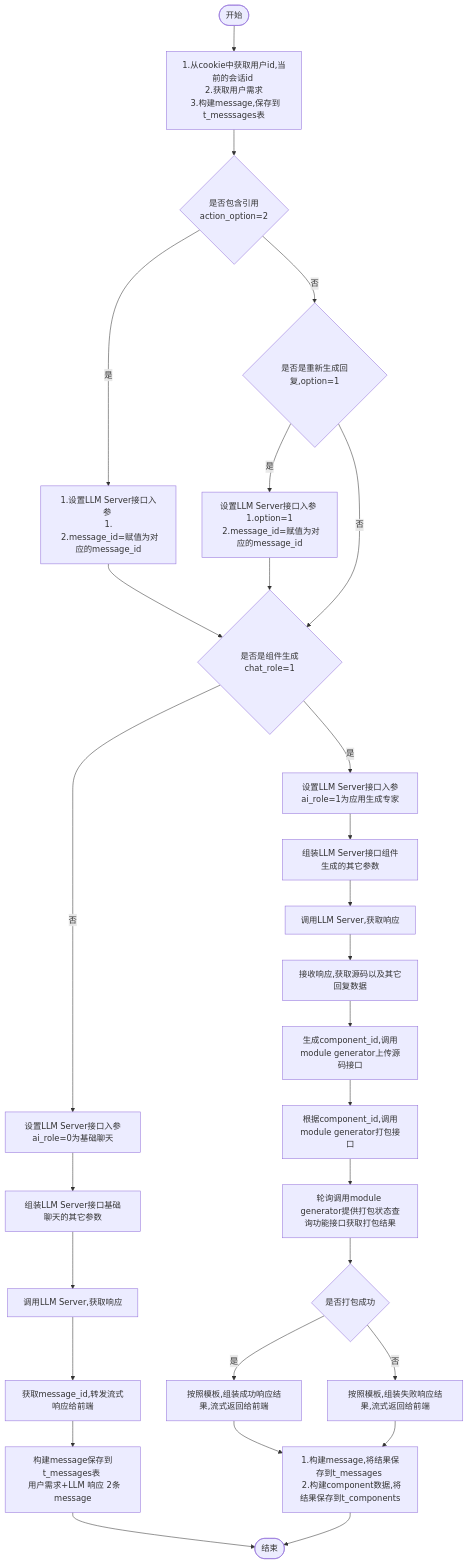
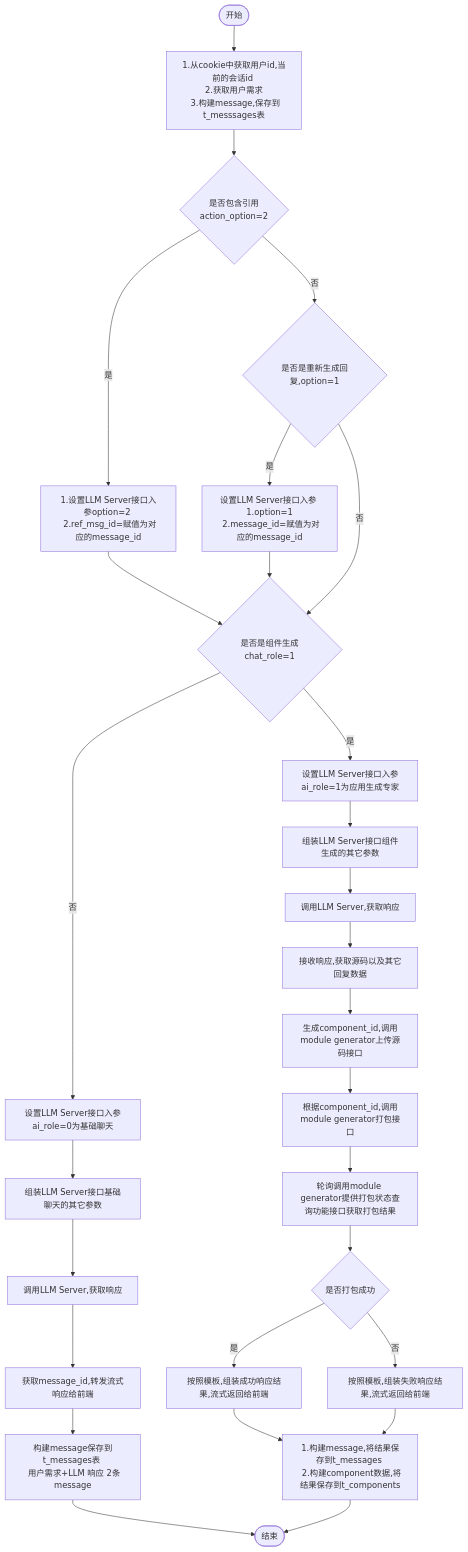
One commit to yingjianzh/iodraw-files changed the diagram in all/w3-会话-不需要传递message.md. Above: the diagram before and after it, drawn with Mermaid.

Commit message:
2024-10-15 15:01:46 update

````diff
--- a/all/w3-会话-不需要传递message.md
+++ b/all/w3-会话-不需要传递message.md
@@ -1,34 +1,34 @@
 ```mermaid
 flowchart TD
     A([开始]) --> B[1.从cookie中获取用户id,当前的会话id \n 2.获取用户需求 \n 3.构建message,保存到t_messsages表]
     B--> D{是否包含引用 \n action_option=2}
-    D -- 是 --> E[1.设置LLM Server接口入参 \n 1. \n 2.message_id=赋值为对应的message_id]
+    D -- 是 --> E[1.设置LLM Server接口入参option=2 \n 2.ref_msg_id=赋值为对应的message_id]
     D -- 否 --> F{是否是重新生成回复,option=1}
     F -- 是 --> G[设置LLM Server接口入参 \n 1.option=1 \n 2.message_id=赋值为对应的message_id]
     F -- 否 --> I
      
     E & G --> I{是否是组件生成chat_role=1}
     I -- 否 --> K[设置LLM Server接口入参ai_role=0为基础聊天]
     I -- 是 --> J[设置LLM Server接口入参ai_role=1为应用生成专家]
     
 
     J --> L[组装LLM Server接口组件生成的其它参数]    
     K --> M[组装LLM Server接口基础聊天的其它参数]    
     M --> N[调用LLM Server,获取响应]    
     N --> O[获取message_id,转发流式响应给前端]
     O --> P[构建message保存到t_messages表 \n 用户需求+LLM 响应 2条message]
     P --> R([结束])
 
 
     L --> S[调用LLM Server,获取响应]
     S --> T[接收响应,获取源码以及其它回复数据]
     T --> U[生成component_id,调用module generator上传源码接口]
     U --> V[根据component_id,调用module generator打包接口]
     V --> W[轮询调用module generator提供打包状态查询功能接口获取打包结果]
     W --> X{是否打包成功}
     X -- 是 --> Y[按照模板,组装成功响应结果,流式返回给前端]
     X -- 否 --> Z[按照模板,组装失败响应结果,流式返回给前端]
 
     Y & Z --> Result[1.构建message,将结果保存到t_messages \n 2.构建component数据,将结果保存到t_components]
     Result --> R
 ```
````
